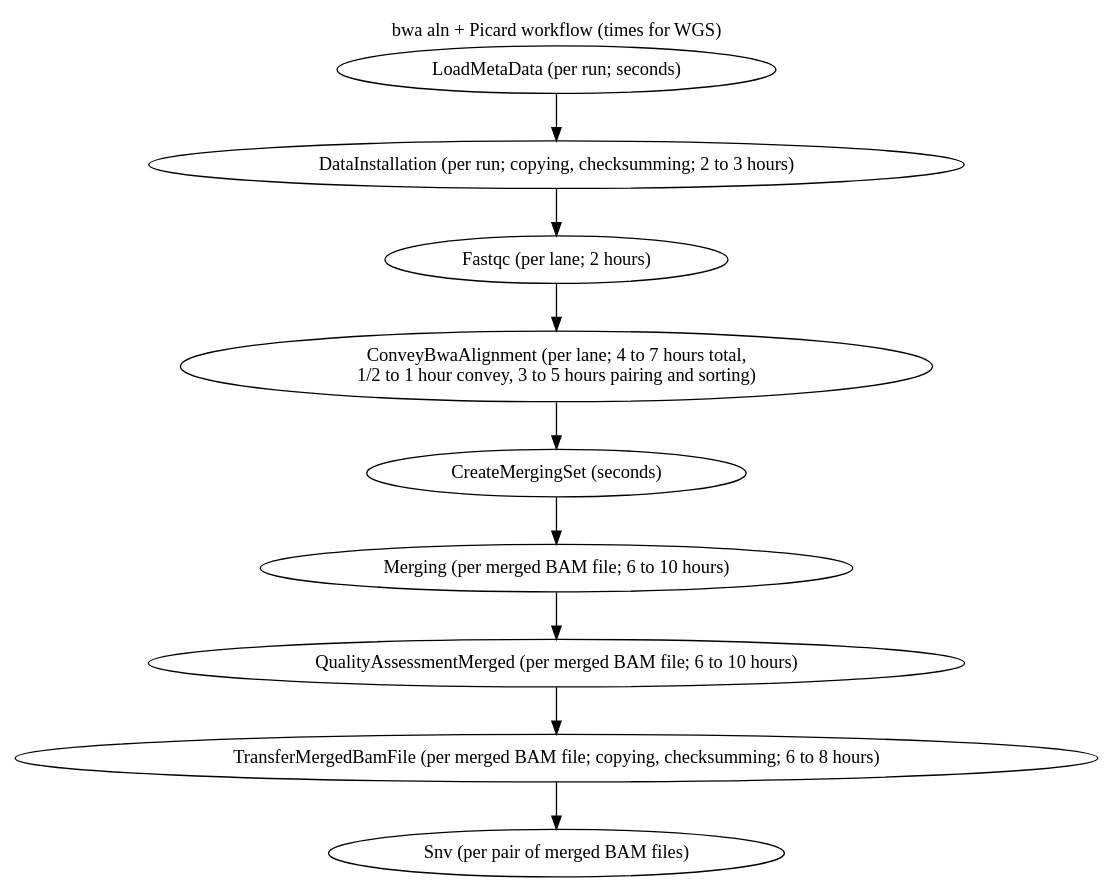
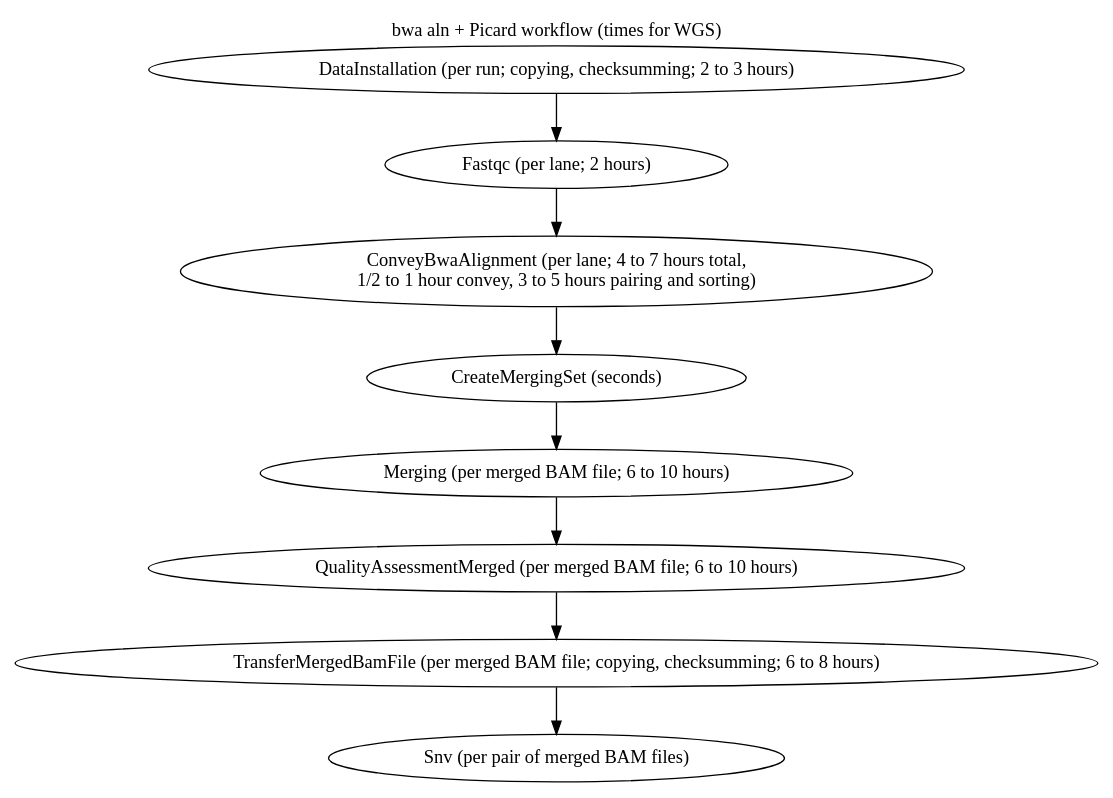
One commit to one-touch-pipeline/otp changed the diagram in src/docs/guide/workflowGraphs/bwa_aln.dot. Above: the diagram before and after it, drawn with Graphviz. The commit also changed 52 other files, not shown here.

```diff
--- a/src/docs/guide/workflowGraphs/bwa_aln.dot
+++ b/src/docs/guide/workflowGraphs/bwa_aln.dot
@@ -1,14 +1,13 @@
 digraph workflows {
   labelloc="t";
   label="bwa aln + Picard workflow (times for WGS)\n";
 
-  LoadMetaData [label="LoadMetaData (per run; seconds)"]
   DataInstallation [label="DataInstallation (per run; copying, checksumming; 2 to 3 hours)"];
   Fastqc [label="Fastqc (per lane; 2 hours)"];
   ConveyBwaAlignment [label="ConveyBwaAlignment (per lane; 4 to 7 hours total,\n1/2 to 1 hour convey, 3 to 5 hours pairing and sorting)"]
   CreateMergingSet [label="CreateMergingSet (seconds)"]
   Merging [label="Merging (per merged BAM file; 6 to 10 hours)"]
   QualityAssessmentMerged [label="QualityAssessmentMerged (per merged BAM file; 6 to 10 hours)"]
   TransferMergedBamFile [label="TransferMergedBamFile (per merged BAM file; copying, checksumming; 6 to 8 hours)"]
-  LoadMetaData -> DataInstallation -> Fastqc -> ConveyBwaAlignment -> CreateMergingSet -> Merging -> QualityAssessmentMerged -> TransferMergedBamFile -> "Snv (per pair of merged BAM files)"
+  DataInstallation -> Fastqc -> ConveyBwaAlignment -> CreateMergingSet -> Merging -> QualityAssessmentMerged -> TransferMergedBamFile -> "Snv (per pair of merged BAM files)"
 }
```
